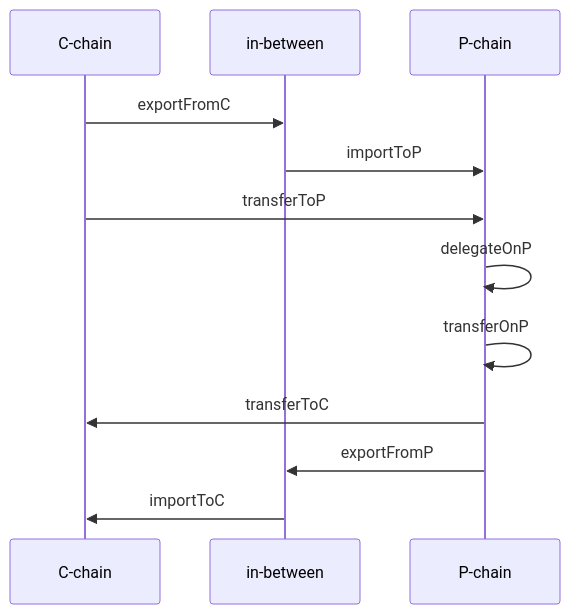
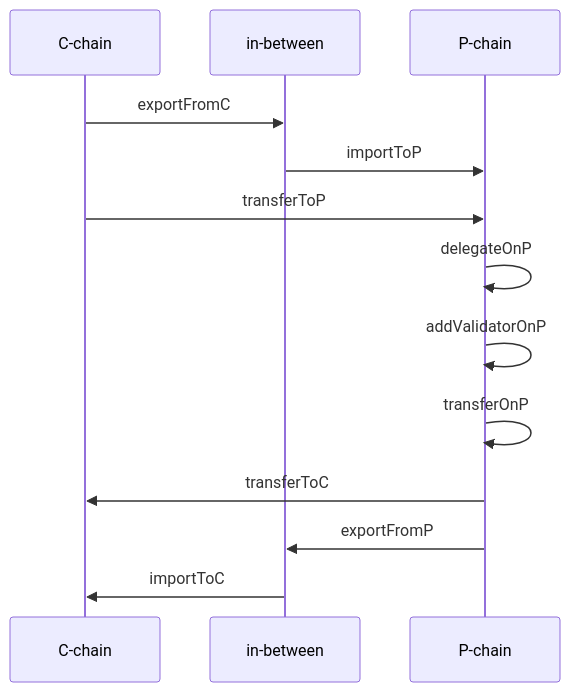
Before and after one commit to flare-foundation/flare-tx-sdk: the diagram in README.md, drawn with Mermaid. The commit also changed other lines of this file and 7 other files, not shown here.

````diff
--- a/README.md
+++ b/README.md
@@ -648,14 +648,15 @@
 ```mermaid
 sequenceDiagram
     participant C as C-chain
     participant B as in-between
     participant P as P-chain
     C->>B: exportFromC
     B->>P: importToP
     C->>P: transferToP
     P->>P: delegateOnP
+    P->>P: addValidatorOnP
     P->>P: transferOnP
     P->>C: transferToC
     P->>B: exportFromP
     B->>C: importToC
 ```
````
